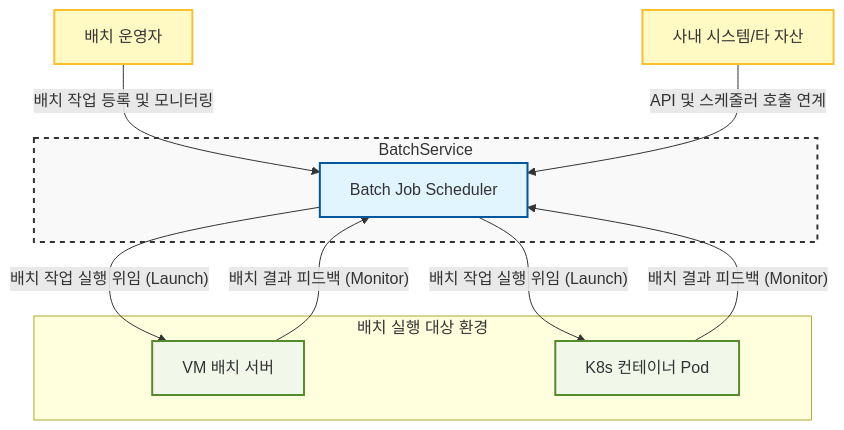
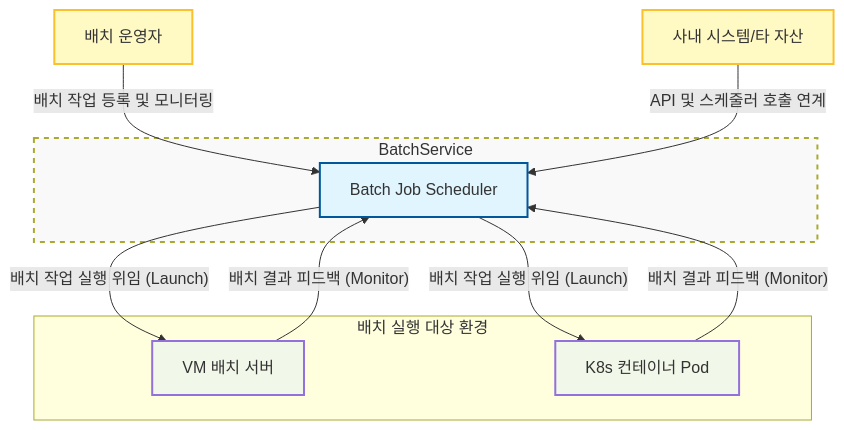
The first of 4 diagrams in ArchitectureSpecification-merged.md (reddiana/a-cert), drawn with Mermaid before and after one commit. The commit also changed other lines of this file and 7 other files, not shown here.

````diff
--- a/ArchitectureSpecification-merged.md
+++ b/ArchitectureSpecification-merged.md
@@ -111,34 +111,34 @@
 ```mermaid
 graph TD
     %% Actors and Systems
     Operator[배치 운영자]
     Company[사내 시스템/타 자산]
     
     subgraph BatchService_Boundary [BatchService]
         Scheduler["Batch Job Scheduler"]
     end
     
     subgraph Execution_Env [배치 실행 대상 환경]
         VMEnv[VM 배치 서버]
         K8sEnv[K8s 컨테이너 Pod]
     end
 
     %% Relationships
     Operator -->|배치 작업 등록 및 모니터링| Scheduler
     Scheduler -->|"배치 작업 실행 위임 (Launch)"| VMEnv
     Scheduler -->|"배치 작업 실행 위임 (Launch)"| K8sEnv
     VMEnv -->|"배치 결과 피드백 (Monitor)"| Scheduler
     K8sEnv -->|"배치 결과 피드백 (Monitor)"| Scheduler
     Company -->|API 및 스케줄러 호출 연계| Scheduler
 
     %% Styling
-    classDef boundary fill:#f9f9f9,stroke:#333,stroke-width:2px,stroke-dasharray: 5 5;
+    classDef boundary fill:#f9f9f9,stroke:# 333,stroke-width:2px,stroke-dasharray: 5 5;
     classDef system fill:#e1f5fe,stroke:#01579b,stroke-width:2px;
     classDef actor fill:#fff9c4,stroke:#fbc02d,stroke-width:2px;
-    classDef env fill:#f1f8e9,stroke:#558b2f,stroke-width:2px;
+    classDef env fill:#f1f8e9,stroke:# 558b2f,stroke-width:2px;
     
     class BatchService_Boundary boundary;
     class Scheduler system;
     class Operator,Company actor;
     class VMEnv,K8sEnv env;
 ```
````
